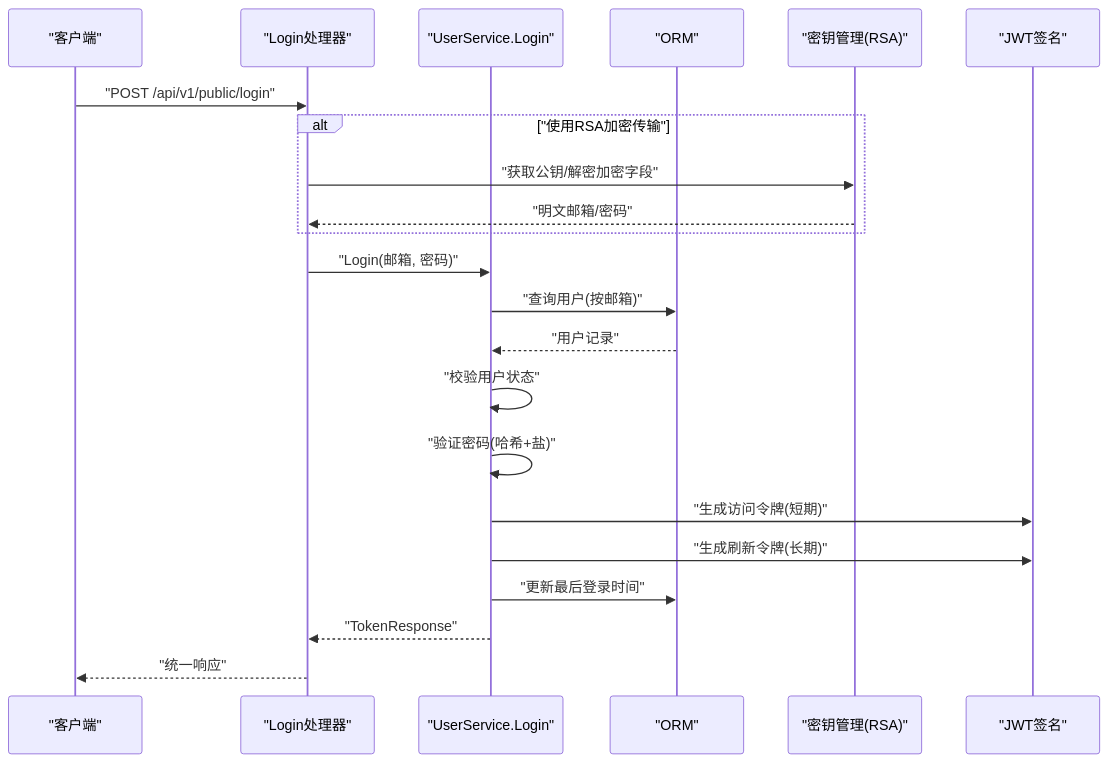
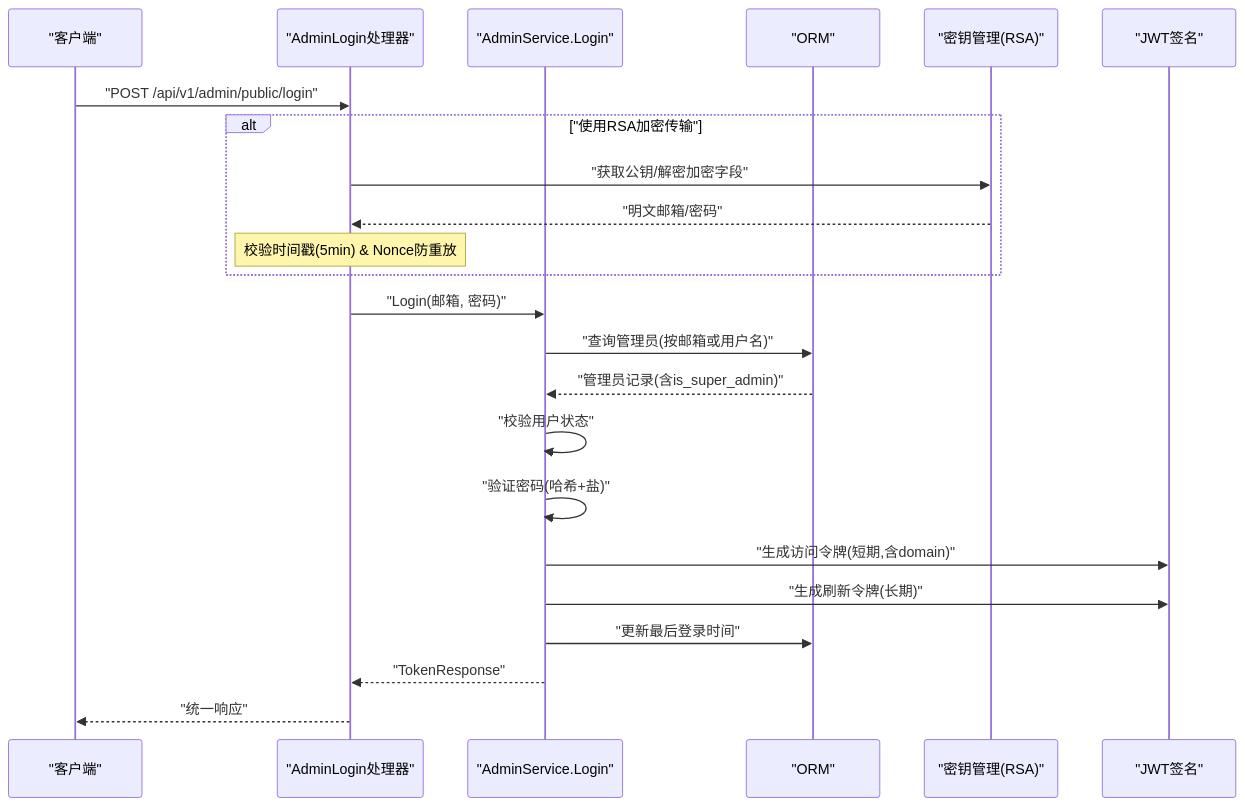
The fourth of 8 diagrams in .qoder/repowiki/zh/content/核心模块/用户认证模块.md (wuwuseo/e-sports-go-admin), drawn with Mermaid before and after one commit. The commit also changed other lines of this file and 42 other files, not shown here.

````diff
--- a/.qoder/repowiki/zh/content/核心模块/用户认证模块.md
+++ b/.qoder/repowiki/zh/content/核心模块/用户认证模块.md
@@ -180,24 +196,25 @@
 ```mermaid
 sequenceDiagram
 participant C as "客户端"
-participant H as "Login处理器"
-participant S as "UserService.Login"
+participant H as "AdminLogin处理器"
+participant S as "AdminService.Login"
 participant O as "ORM"
 participant K as "密钥管理(RSA)"
 participant T as "JWT签名"
-C->>H : "POST /api/v1/public/login"
+C->>H : "POST /api/v1/admin/public/login"
 alt "使用RSA加密传输"
 H->>K : "获取公钥/解密加密字段"
 K-->>H : "明文邮箱/密码"
+Note over H : 校验时间戳(5min) & Nonce防重放
 end
 H->>S : "Login(邮箱, 密码)"
-S->>O : "查询用户(按邮箱)"
-O-->>S : "用户记录"
+S->>O : "查询管理员(按邮箱或用户名)"
+O-->>S : "管理员记录(含is_super_admin)"
 S->>S : "校验用户状态"
 S->>S : "验证密码(哈希+盐)"
-S->>T : "生成访问令牌(短期)"
+S->>T : "生成访问令牌(短期,含domain)"
 S->>T : "生成刷新令牌(长期)"
 S->>O : "更新最后登录时间"
 S-->>H : "TokenResponse"
 H-->>C : "统一响应"
 ```
````
